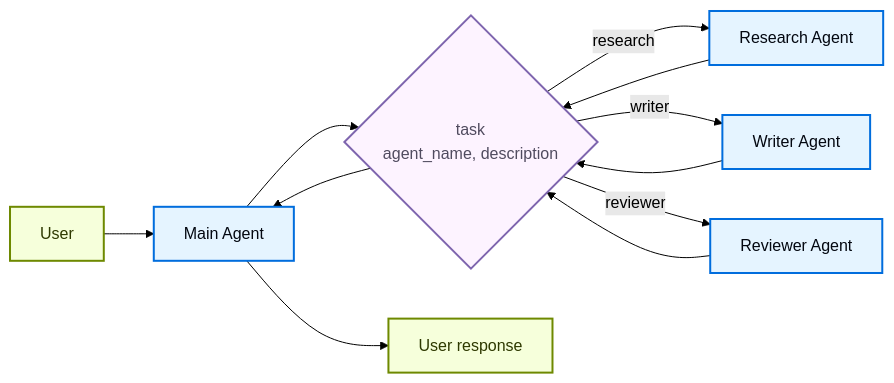
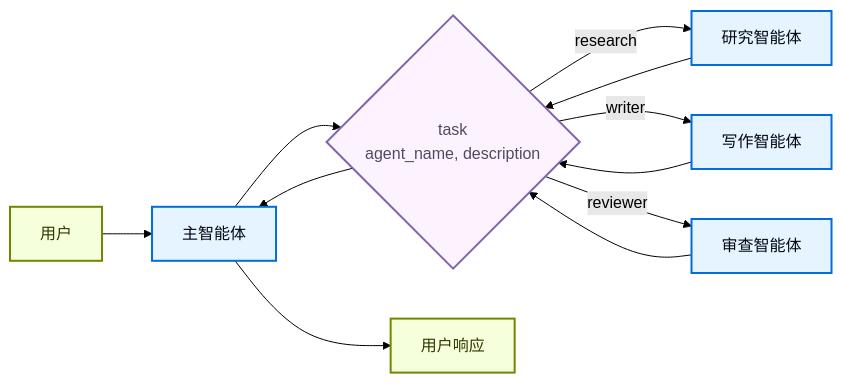
One commit to CodeFly16/langchain-cn-doc changed the fifth of 5 diagrams in oss/javascript/langchain/multi-agent/subagents.mdx. Above: the diagram before and after it, drawn with Mermaid (forest theme). The commit also changed other lines of this file and 106 other files, not shown here.

````diff
--- a/oss/javascript/langchain/multi-agent/subagents.mdx
+++ b/oss/javascript/langchain/multi-agent/subagents.mdx
@@ -254,21 +254,21 @@
 ```mermaid
 graph LR
-    A[User] --> B[Main Agent]
+    A[用户] --> B[主智能体]
     B --> C{task<br/>agent_name, description}
-    C -->|research| D[Research Agent]
-    C -->|writer| E[Writer Agent]
-    C -->|reviewer| F[Reviewer Agent]
+    C -->|research| D[研究智能体]
+    C -->|writer| E[写作智能体]
+    C -->|reviewer| F[审查智能体]
     D --> C
     E --> C
     F --> C
     C --> B
-    B --> G[User response]
+    B --> G[用户响应]
 
     classDef trigger fill:#F6FFDB,stroke:#6E8900,stroke-width:2px,color:#2E3900
     classDef process fill:#E5F4FF,stroke:#006DDD,stroke-width:2px,color:#030710
     classDef decision fill:#FDF3FF,stroke:#7E65AE,stroke-width:2px,color:#504B5F
 
     class A,G trigger
     class B,D,E,F process
     class C decision
 ```
````
